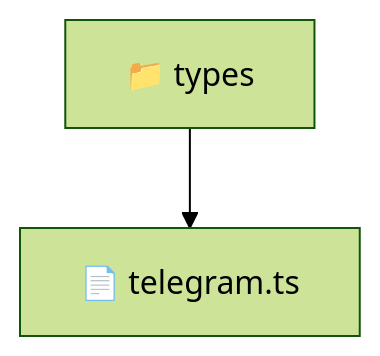
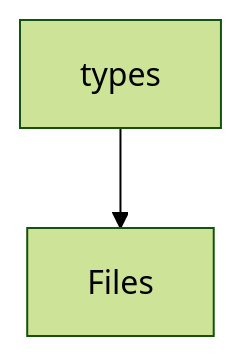
One commit to beginwebdev2002/fullstack-mavluda changed the diagram in frontend/src/types/README.md. Above: the diagram before and after it, drawn with Mermaid (forest theme). The commit also changed other lines of this file and 163 other files, not shown here.

First line of the commit message:
feat: autogenerate localized directory readmes for architectural transparency

````diff
--- a/frontend/src/types/README.md
+++ b/frontend/src/types/README.md
@@ -9,5 +10,4 @@
 ```mermaid
 graph TD
-  Root["📁 types"]
-  Root --> telegram_ts["📄 telegram.ts"]
+    types[types] --> Files
 ```
````
